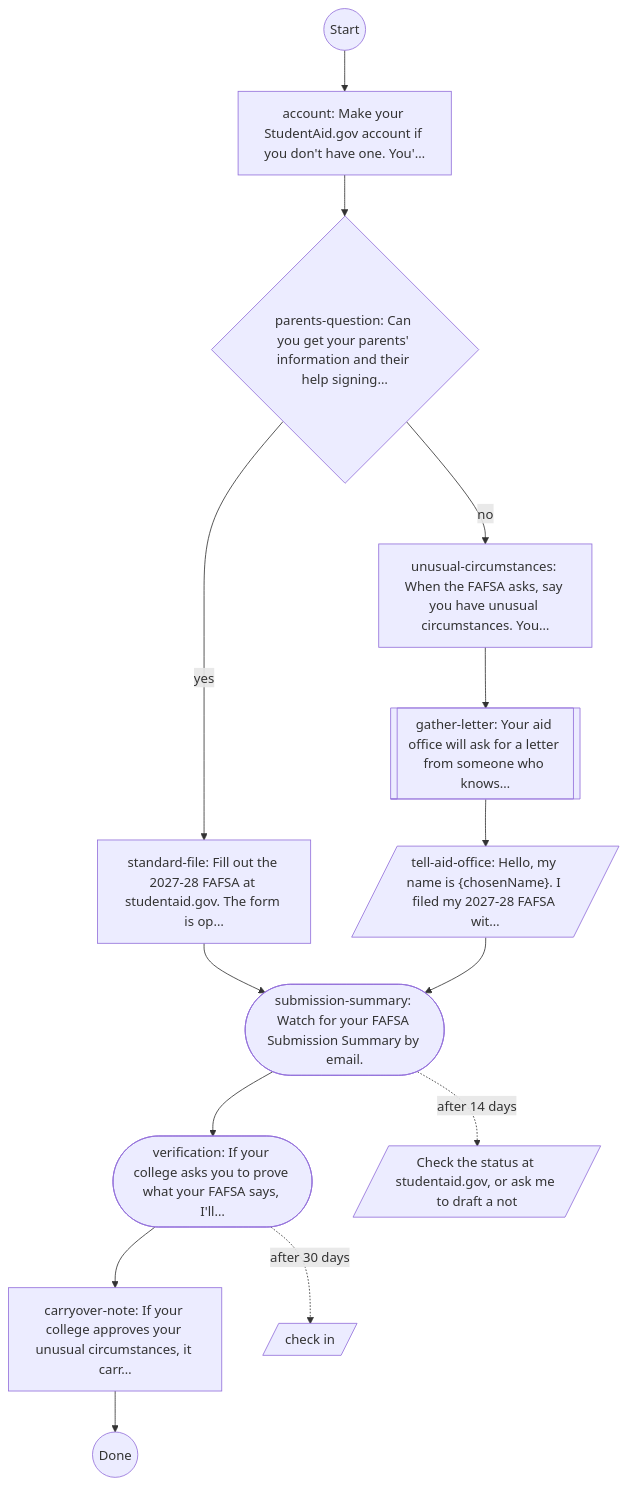
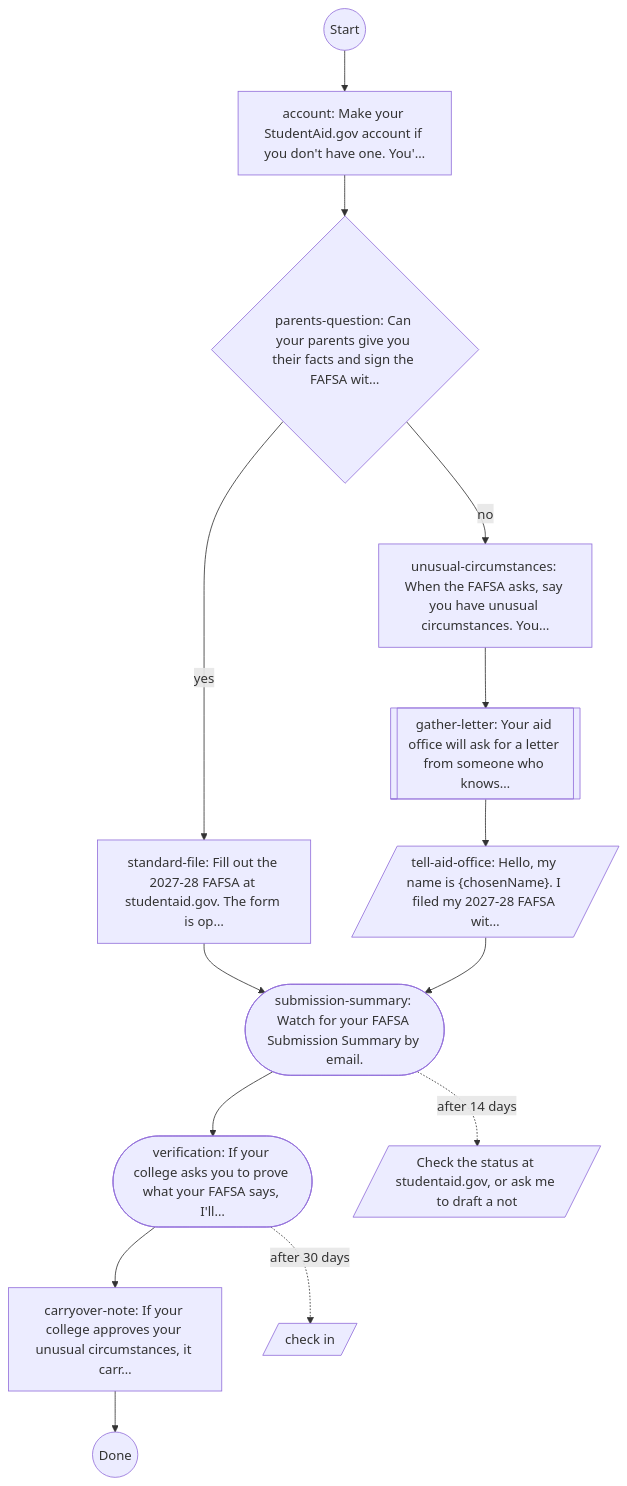
Before and after one commit to russlittle/ZTHR: the fourth of 6 diagrams in docs/flows/playbooks.md, drawn with Mermaid. The commit also changed 9 other files, not shown here.

````diff
--- a/docs/flows/playbooks.md
+++ b/docs/flows/playbooks.md
@@ -71,25 +71,25 @@
 ```mermaid
 flowchart TD
   start((Start)) --> account
   account["account: Make your StudentAid.gov account if you don't have one. You'…"]
   account --> parents_question
-  parents_question{"parents-question: Can you get your parents' information and their help signing…"}
+  parents_question{"parents-question: Can your parents give you their facts and sign the FAFSA wit…"}
   parents_question -- yes --> standard_file
   parents_question -- no --> unusual_circumstances
   standard_file["standard-file: Fill out the 2027-28 FAFSA at studentaid.gov. The form is op…"]
   standard_file --> submission_summary
   unusual_circumstances["unusual-circumstances: When the FAFSA asks, say you have unusual circumstances. You…"]
   unusual_circumstances --> gather_letter
   gather_letter[["gather-letter: Your aid office will ask for a letter from someone who knows…"]]
   gather_letter --> tell_aid_office
   tell_aid_office[/"tell-aid-office: Hello, my name is {chosenName}. I filed my 2027-28 FAFSA wit…"/]
   tell_aid_office --> submission_summary
   submission_summary(["submission-summary: Watch for your FAFSA Submission Summary by email."])
   submission_summary --> verification
   submission_summary -. after 14 days .-> submission_summary_late[/"Check the status at studentaid.gov, or ask me to draft a not"/]
   verification(["verification: If your college asks you to prove what your FAFSA says, I'll…"])
   verification --> carryover_note
   verification -. after 30 days .-> verification_late[/"check in"/]
   carryover_note["carryover-note: If your college approves your unusual circumstances, it carr…"]
   carryover_note --> done((Done))
 ```
````
